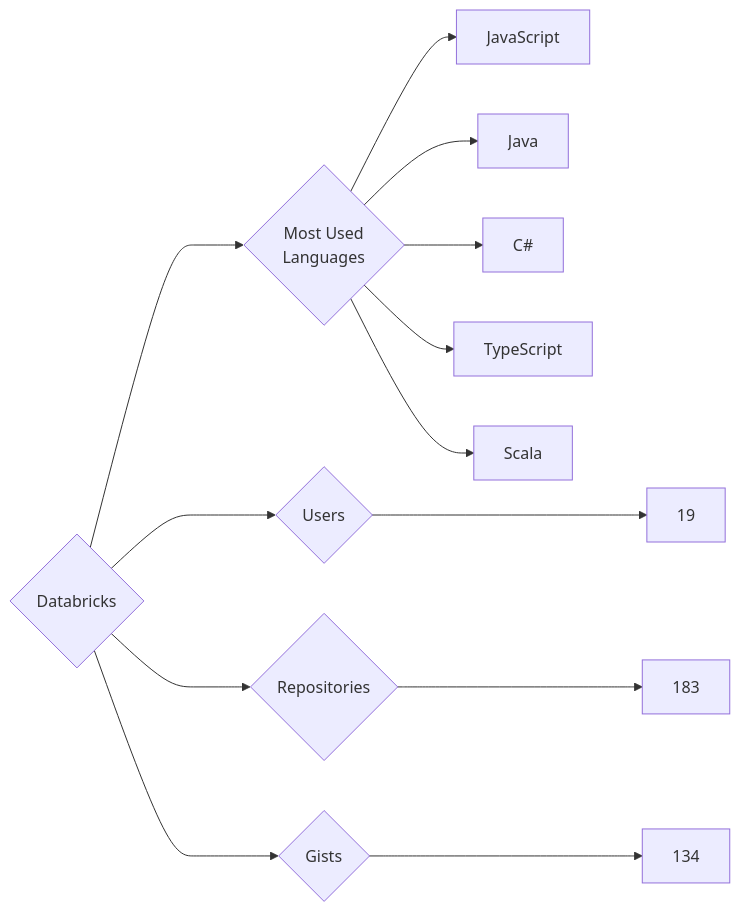
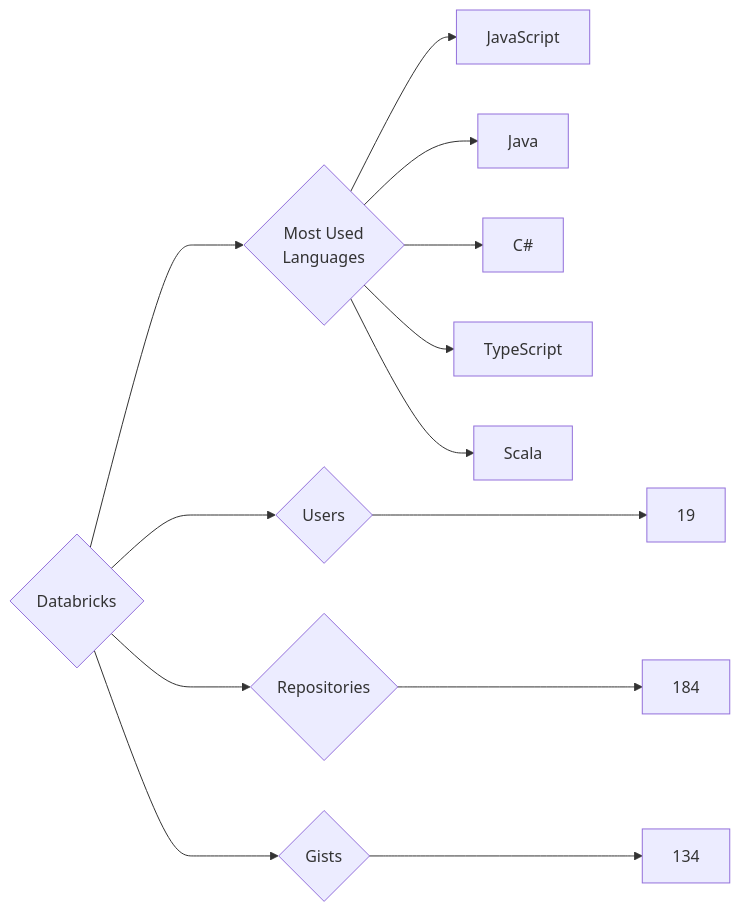
The diagram in targets/Databricks/README.md (trickest/insiders), drawn with Mermaid before and after one commit. The commit also changed 715 other files, not shown here.

````diff
--- a/targets/Databricks/README.md
+++ b/targets/Databricks/README.md
@@ -3,13 +3,13 @@
 ```mermaid
 graph LR
 COMPANY_NAME{Databricks}
 COMPANY_NAME ---> U{Users} ---> UN[19]
-COMPANY_NAME ---> R{Repositories} ---> RN[183]
+COMPANY_NAME ---> R{Repositories} ---> RN[184]
 COMPANY_NAME ---> G{Gists} ---> GN[134]
 COMPANY_NAME ---> ML{Most Used<br>Languages}
 ML --> JavaScript[JavaScript]
 ML --> Java[Java]
 ML --> C#[C#]
 ML --> TypeScript[TypeScript]
 ML --> Scala[Scala]
 ```
````
